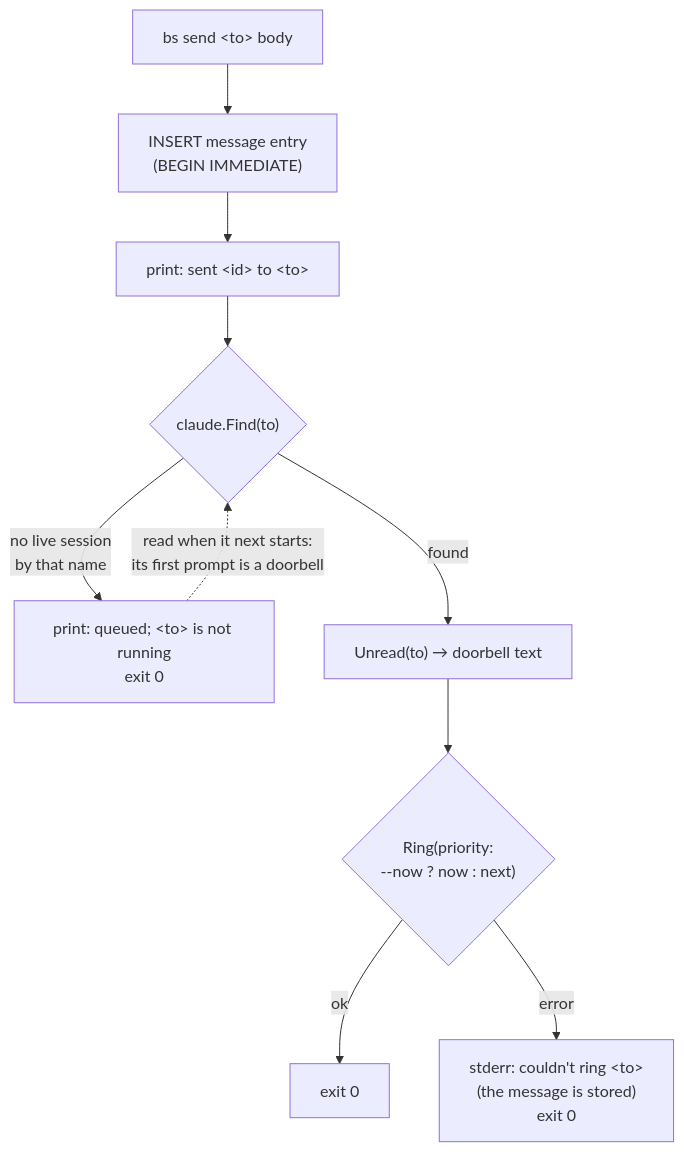
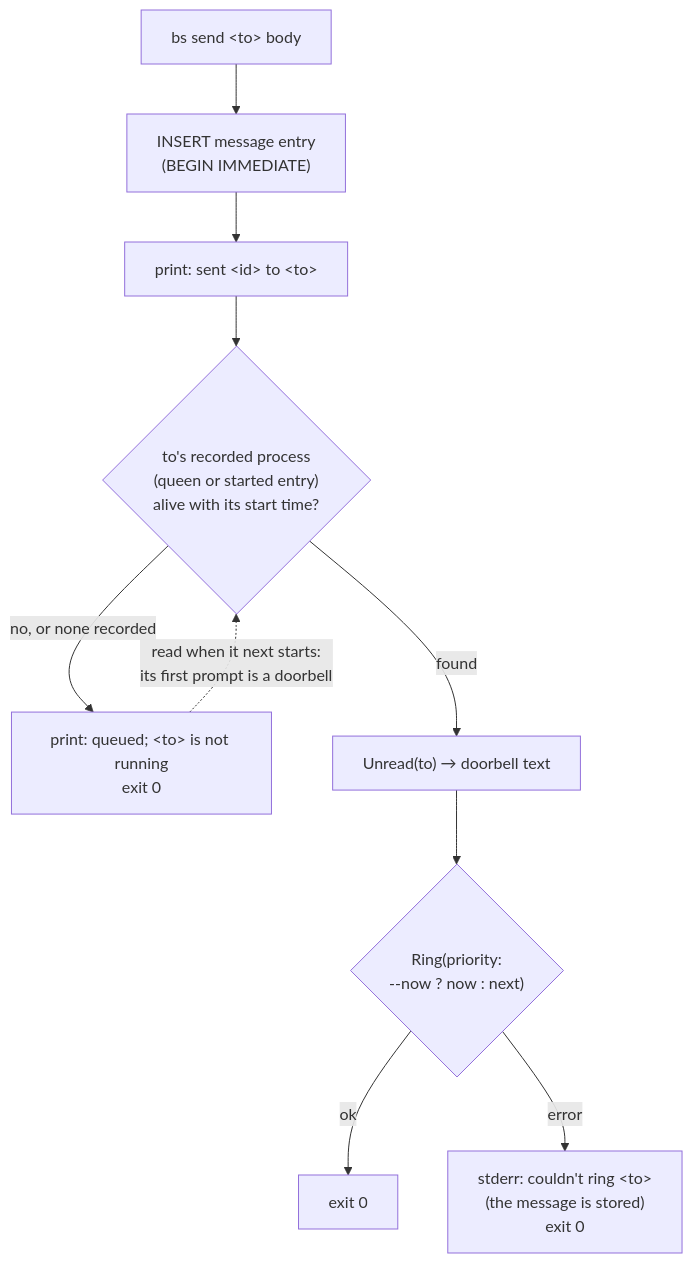
Before and after one commit to jmmshn/bees: the third of 4 diagrams in README.md, drawn with Mermaid. The commit also changed other lines of this file and 9 other files, not shown here.

First line of the commit message:
Ring the recorded process (bees-12.10 stage 3)

````diff
--- a/README.md
+++ b/README.md
@@ -173,12 +174,12 @@
 ```mermaid
 flowchart TD
     A["bs send &lt;to&gt; body"] --> B["INSERT message entry<br/>(BEGIN IMMEDIATE)"]
     B --> O["print: sent &lt;id&gt; to &lt;to&gt;"]
-    O --> F{"claude.Find(to)"}
-    F -- "no live session<br/>by that name" --> Q["print: queued; &lt;to&gt; is not running<br/>exit 0"]
+    O --> F{"to's recorded process<br/>(queen or started entry)<br/>alive with its start time?"}
+    F -- "no, or none recorded" --> Q["print: queued; &lt;to&gt; is not running<br/>exit 0"]
     F -- found --> U["Unread(to) → doorbell text"]
     U --> RG{"Ring(priority:<br/>--now ? now : next)"}
     RG -- ok --> D[exit 0]
     RG -- error --> W["stderr: couldn't ring &lt;to&gt;<br/>(the message is stored)<br/>exit 0"]
     Q -. "read when it next starts:<br/>its first prompt is a doorbell" .-> F
 ```
````
